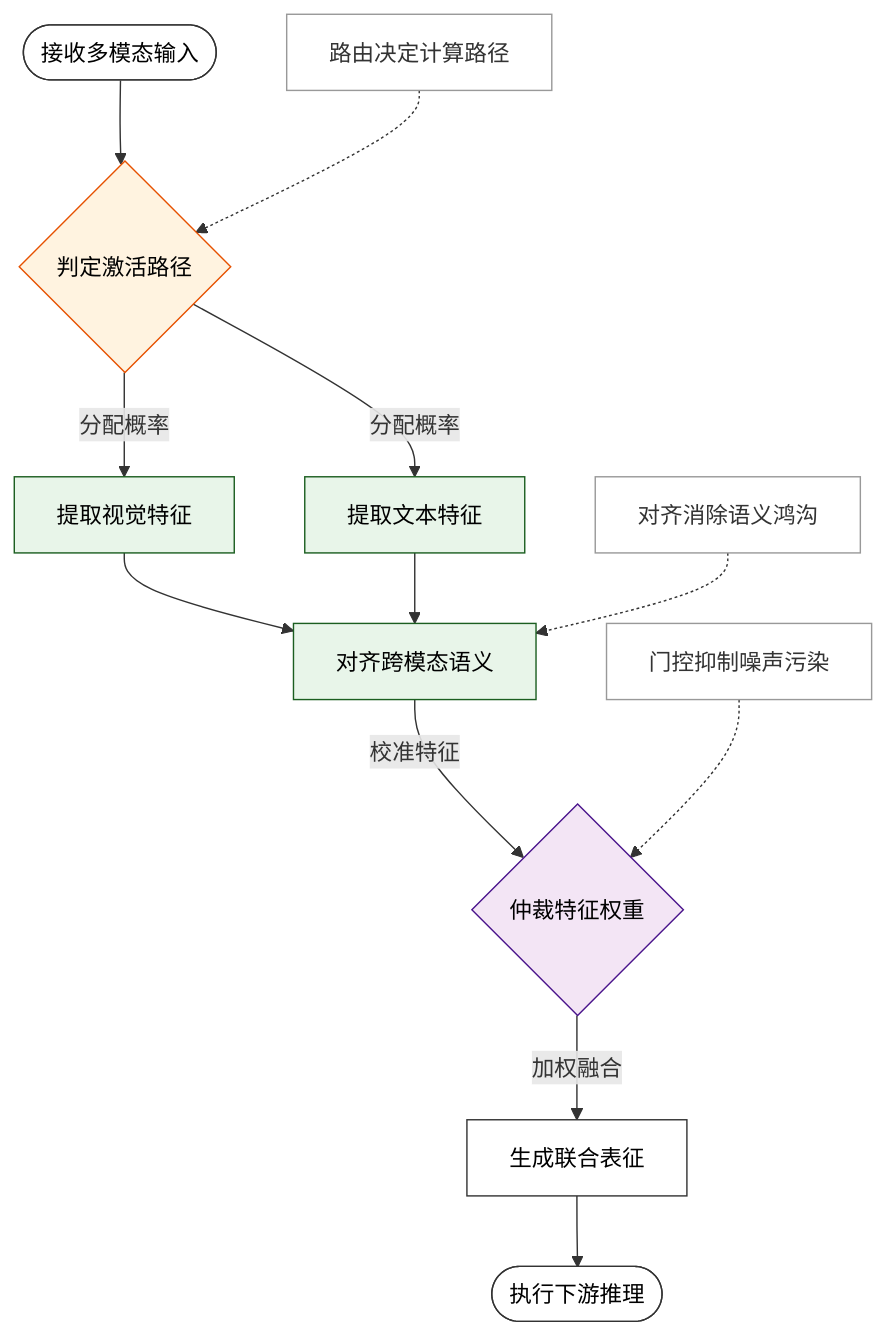
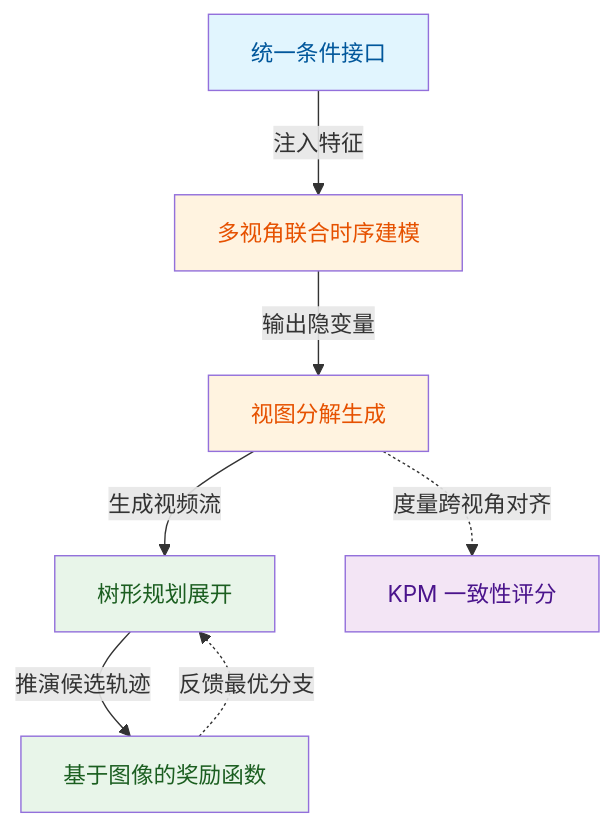
The second of 11 diagrams in person_vault/2026-06-08_DrivingIntoTheFuture_2311.17918/report.md (ShinewineW/paper-rolling), drawn with Mermaid before and after one commit. The commit also changed other lines of this file and 51 other files, not shown here.

````diff
--- a/person_vault/2026-06-08_DrivingIntoTheFuture_2311.17918/report.md
+++ b/person_vault/2026-06-08_DrivingIntoTheFuture_2311.17918/report.md
@@ -128,21 +86,21 @@
 ```mermaid
 flowchart TD
-    classDef route fill:#fff3e0,stroke:#e65100,color:#000;
-    classDef align fill:#e8f5e9,stroke:#1b5e20,color:#000;
-    classDef gate fill:#f3e5f5,stroke:#4a148c,color:#000;
-    classDef default fill:#ffffff,stroke:#333333,color:#000;
+  classDef cond fill:#e1f5fe,color:#01579b
+  classDef core fill:#fff3e0,color:#e65100
+  classDef plan fill:#e8f5e9,color:#1b5e20
+  classDef eval fill:#f3e5f5,color:#4a148c
 
-    raw_input(["接收多模态输入"]) --> route_net{判定激活路径}:::route
-    route_net -->|分配概率| branch_v["提取视觉特征"]:::align
-    route_net -->|分配概率| branch_t["提取文本特征"]:::align
-    branch_v --> align_loss["对齐跨模态语义"]:::align
-    branch_t --> align_loss
-    align_loss -->|校准特征| gate_net{仲裁特征权重}:::gate
-    gate_net -->|加权融合| fused_rep["生成联合表征"]:::default
-    fused_rep --> downstream(["执行下游推理"]):::default
+  unify_conditions["统一条件接口"]:::cond
+  joint_temporal_modeling["多视角联合时序建模"]:::core
+  factorize_multiview_gen["视图分解生成"]:::core
+  execute_tree_rollout["树形规划展开"]:::plan
+  compute_image_reward["基于图像的奖励函数"]:::plan
+  evaluate_kpm_score["KPM 一致性评分"]:::eval
 
-    classDef note fill:#ffffff,stroke:#999999,color:#333;
-    note1["路由决定计算路径"]:::note -.-> route_net
-    note2["对齐消除语义鸿沟"]:::note -.-> align_loss
-    note3["门控抑制噪声污染"]:::note -.-> gate_net
+  unify_conditions -->|注入特征| joint_temporal_modeling
+  joint_temporal_modeling -->|输出隐变量| factorize_multiview_gen
+  factorize_multiview_gen -->|生成视频流| execute_tree_rollout
+  execute_tree_rollout -->|推演候选轨迹| compute_image_reward
+  compute_image_reward -.反馈最优分支.-> execute_tree_rollout
+  factorize_multiview_gen -.度量跨视角对齐.-> evaluate_kpm_score
 ```
````
